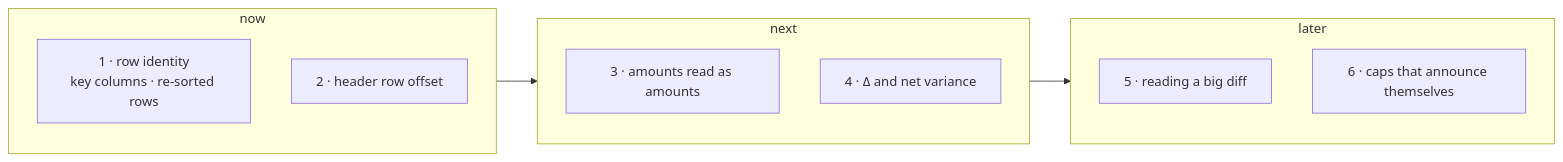
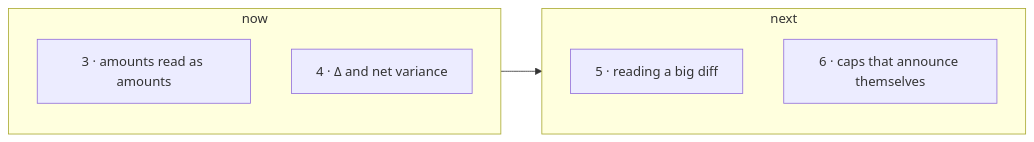
One commit to mindaugaskasp/diff-bro changed the second of 9 diagrams in docs/roadmap.md. Above: the diagram before and after it, drawn with Mermaid. The commit also changed other lines of this file and 40 other files, not shown here.

First line of the commit message:
Spreadsheet row identity, header rows under a title, and a Mermaid pair that opens as a picture (#51)

````diff
--- a/docs/roadmap.md
+++ b/docs/roadmap.md
@@ -44,19 +46,14 @@
 ```mermaid
 flowchart LR
   subgraph now["now"]
     direction TB
-    a["1 · row identity<br>key columns · re-sorted rows"]
-    b["2 · header row offset"]
-  end
-  subgraph next["next"]
-    direction TB
     c["3 · amounts read as amounts"]
     d["4 · Δ and net variance"]
   end
-  subgraph later["later"]
+  subgraph next["next"]
     direction TB
     e["5 · reading a big diff"]
     f["6 · caps that announce themselves"]
   end
-  now --> next --> later
+  now --> next
 ```
````
